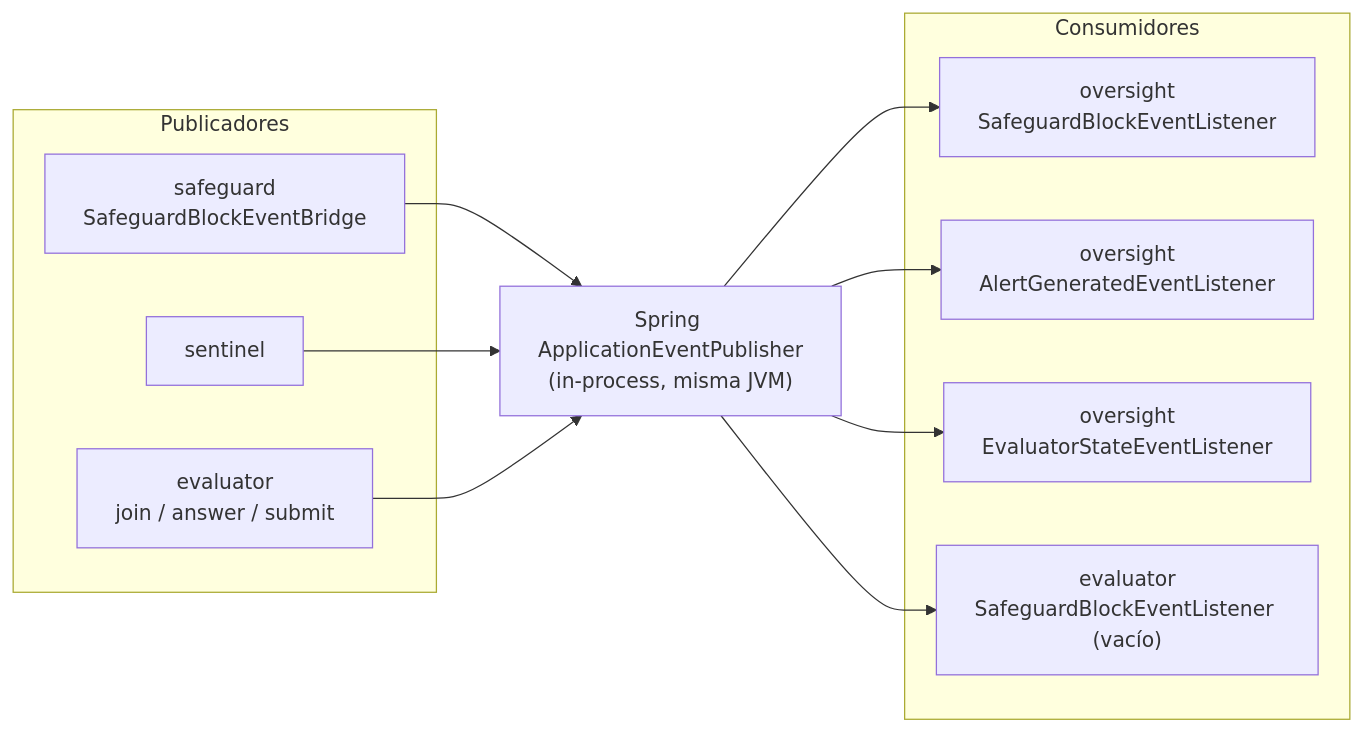
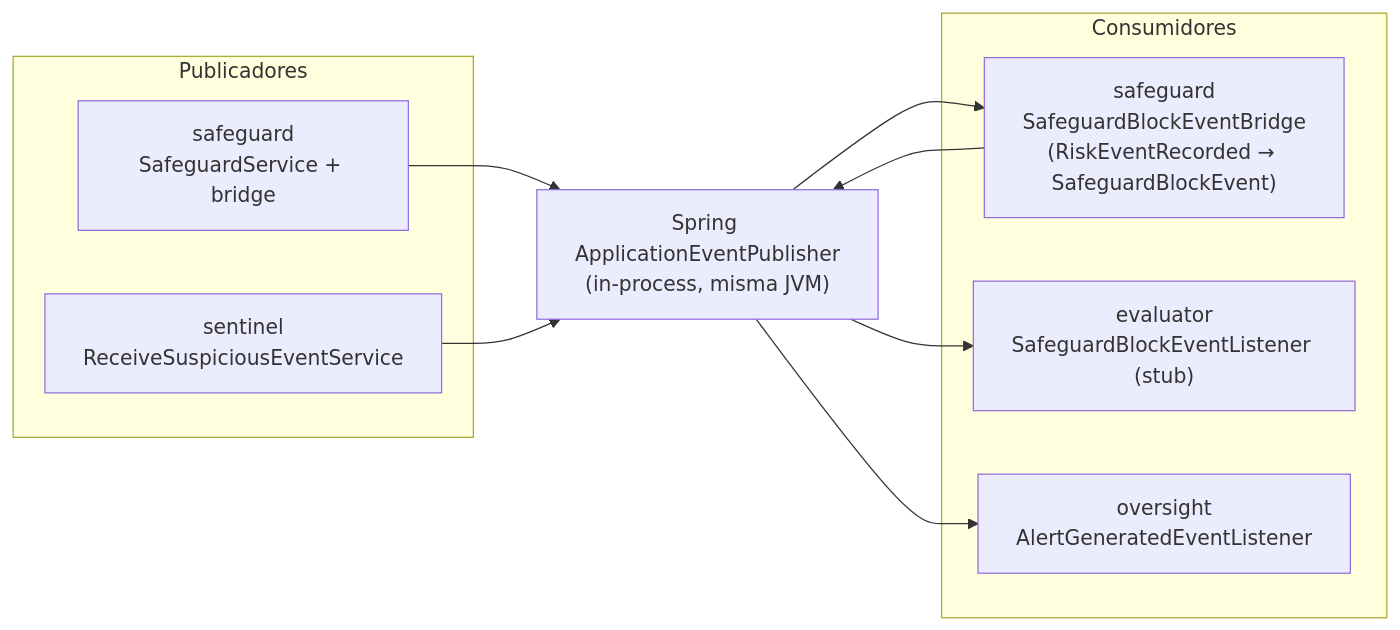
One commit to Cesar-Plyed/cidem-project changed the eighth of 11 diagrams in FLOW.md. Above: the diagram before and after it, drawn with Mermaid. The commit also changed other lines of this file and 2 other files, not shown here.

First line of the commit message:
fix(backend): hide the answer key from students until the attempt is submitted

````diff
--- a/FLOW.md
+++ b/FLOW.md
@@ -388,19 +389,17 @@
 ```mermaid
 flowchart LR
     subgraph publish["Publicadores"]
-        SAFE["safeguard<br/>SafeguardBlockEventBridge"]
-        SENT["sentinel"]
-        EVAL["evaluator<br/>join / answer / submit"]
+        SAFE["safeguard<br/>SafeguardService + bridge"]
+        SENT["sentinel<br/>ReceiveSuspiciousEventService"]
     end
     BUS["Spring ApplicationEventPublisher<br/>(in-process, misma JVM)"]
     subgraph consume["Consumidores"]
-        OV1["oversight<br/>SafeguardBlockEventListener"]
+        BRIDGE["safeguard<br/>SafeguardBlockEventBridge<br/>(RiskEventRecorded → SafeguardBlockEvent)"]
+        EV1["evaluator<br/>SafeguardBlockEventListener (stub)"]
         OV2["oversight<br/>AlertGeneratedEventListener"]
-        OV3["oversight<br/>EvaluatorStateEventListener"]
-        EV1["evaluator<br/>SafeguardBlockEventListener (vacío)"]
     end
     SAFE --> BUS
     SENT --> BUS
-    EVAL --> BUS
-    BUS --> OV1 & OV2 & OV3 & EV1
+    BUS --> BRIDGE --> BUS
+    BUS --> EV1 & OV2
 ```
````
